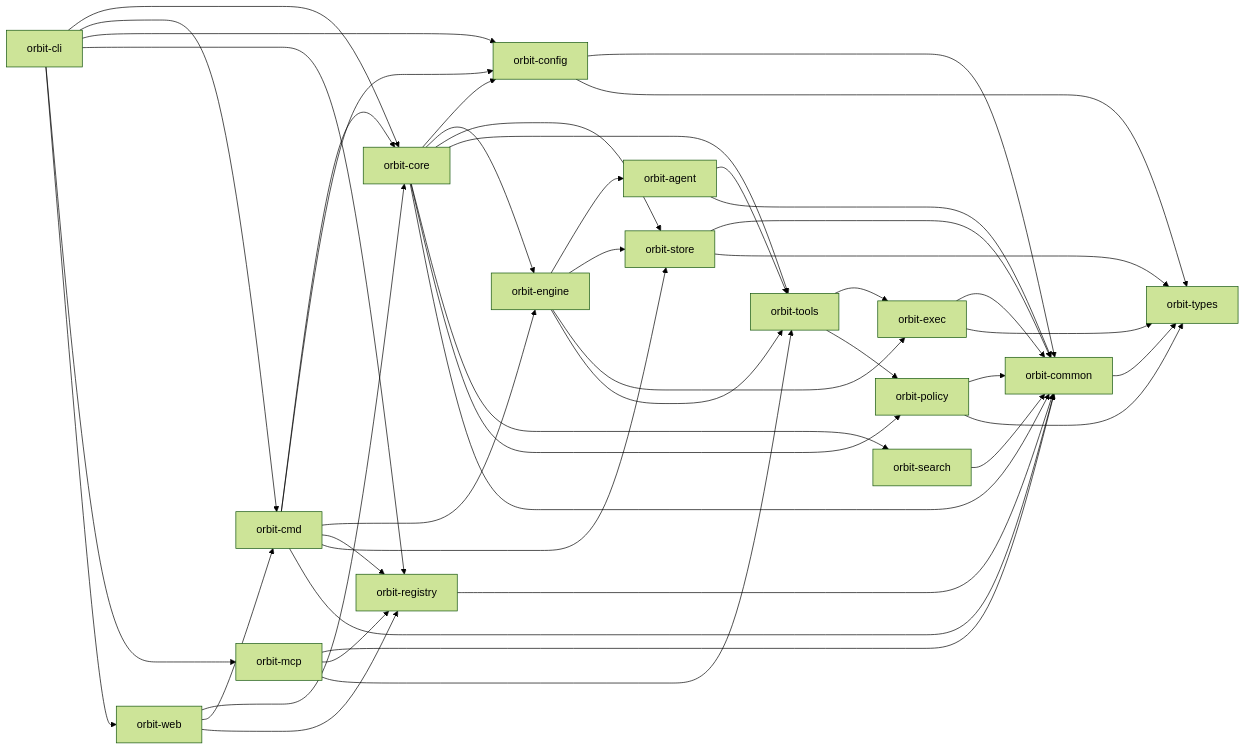
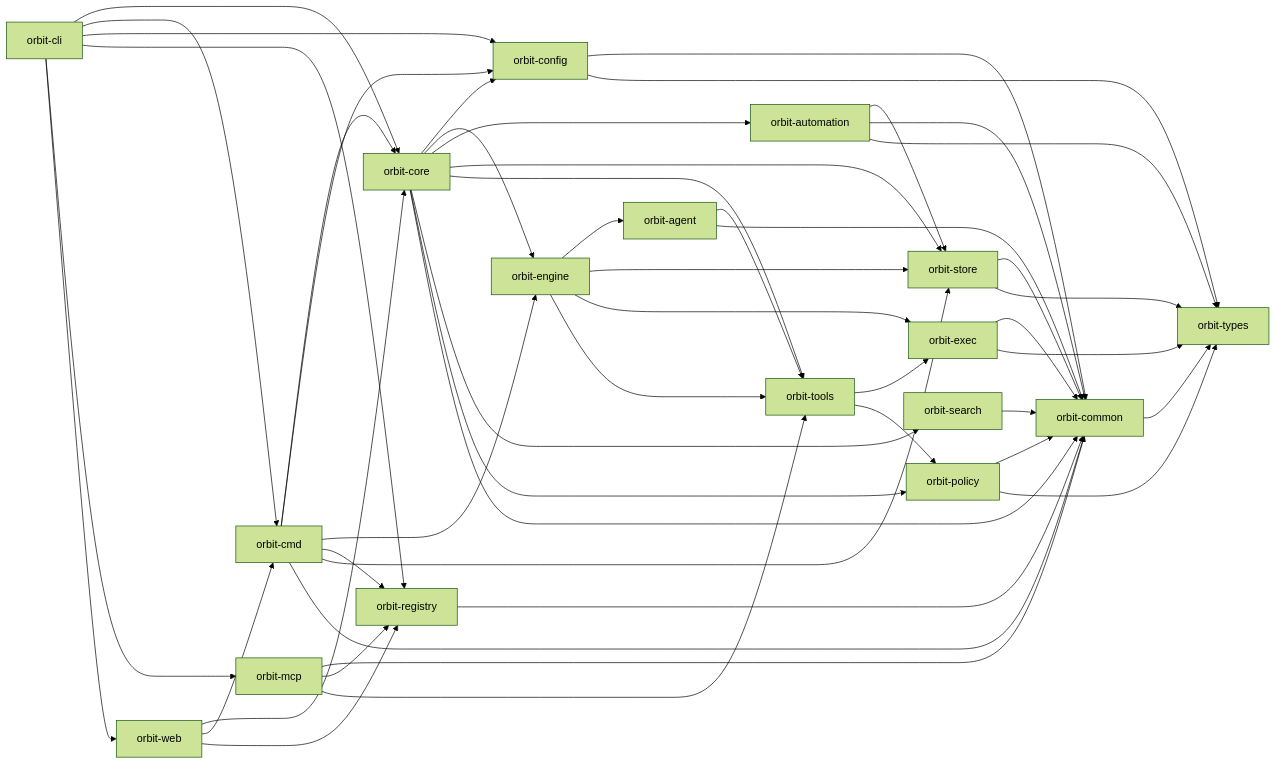
One commit to constellation-works/orbit changed the first of 2 diagrams in ARCHITECTURE.md. Above: the diagram before and after it, drawn with Mermaid (forest theme). The commit also changed other lines of this file and 123 other files, not shown here.

First line of the commit message:
feat: Establish orbit-automation crate, shared triggers, delivery sweep… [ORB-11330]

````diff
--- a/ARCHITECTURE.md
+++ b/ARCHITECTURE.md
@@ -5,47 +5,51 @@
 ```mermaid
 flowchart LR
   CLI["orbit-cli"] --> Core["orbit-core"]
   CLI --> Cmd["orbit-cmd"]
   CLI --> Config["orbit-config"]
   CLI --> Registry["orbit-registry"]
   CLI --> MCP["orbit-mcp"]
   CLI --> Web["orbit-web"]
   Cmd --> Core
   Cmd --> Config
   Cmd --> Engine
   Cmd --> Registry
   Cmd --> Store
   Core --> Config
   Core --> Engine["orbit-engine"]
+  Core --> Automation["orbit-automation"]
+  Automation --> Store
+  Automation --> Common
+  Automation --> Types
   Core --> Store["orbit-store"]
   Core --> Tools["orbit-tools"]
   Core --> Search["orbit-search"]
   Core --> Policy["orbit-policy"]
   Engine --> Agent["orbit-agent"]
   Engine --> Store
   Engine --> Exec["orbit-exec"]
   Engine --> Tools
   Agent --> Tools
   Tools --> Exec["orbit-exec"]
   Tools --> Policy
   Exec --> Common["orbit-common"]
   Policy --> Common
   Store --> Common
   Agent --> Common
   Search --> Common
   MCP --> Common
   MCP --> Registry
   MCP --> Tools
   Registry --> Common
   Web --> Core
   Web --> Cmd
   Web --> Registry
   Cmd --> Common
   Core --> Common
   Config --> Common
   Config --> Types
   Common --> Types["orbit-types"]
   Exec --> Types
   Policy --> Types
   Store --> Types
 ```
````
